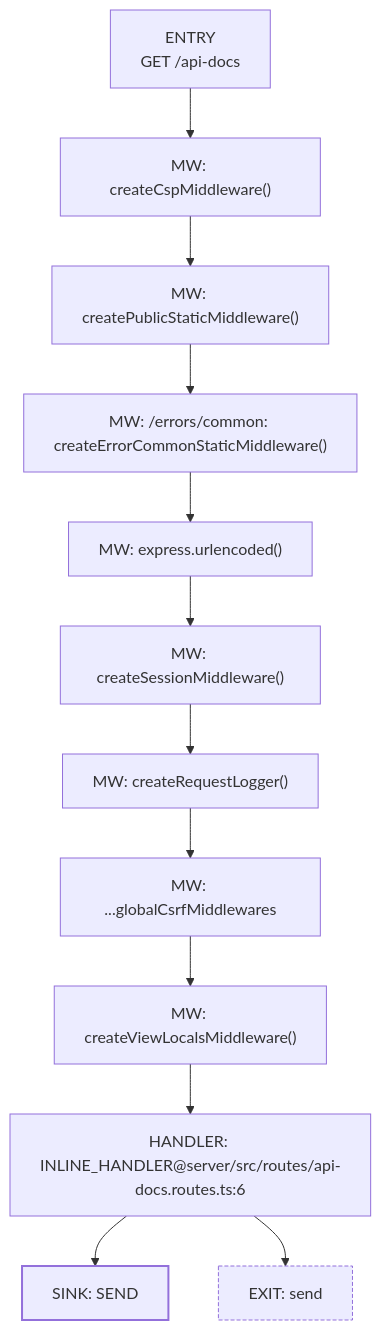
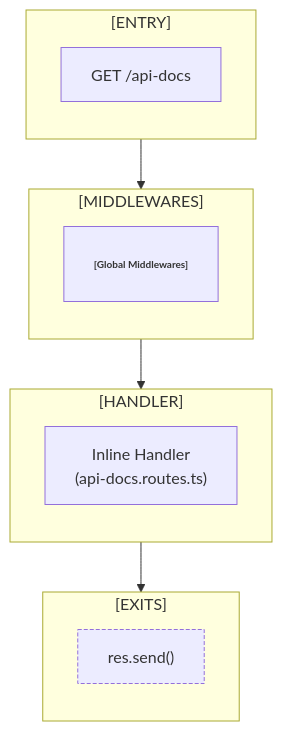
One commit to irondenker/my-code-my-kill changed the diagram in docs/flowmap/flows/GET__api_docs.mmd. Above: the diagram before and after it, drawn with Mermaid. The commit also changed 93 other files, not shown here.

Commit message:
📚 Docs: Regenerate flowmap artifacts for updated endpoint maps

```diff
--- a/docs/flowmap/flows/GET__api_docs.mmd
+++ b/docs/flowmap/flows/GET__api_docs.mmd
@@ -1,17 +1,26 @@
 flowchart TD
-ENTRY["ENTRY\nGET /api-docs"]
-ENTRY --> MW1["MW: createCspMiddleware()"]
-MW1 --> MW2["MW: createPublicStaticMiddleware()"]
-MW2 --> MW3["MW: /errors/common: createErrorCommonStaticMiddleware()"]
-MW3 --> MW4["MW: express.urlencoded()"]
-MW4 --> MW5["MW: createSessionMiddleware()"]
-MW5 --> MW6["MW: createRequestLogger()"]
-MW6 --> MW7["MW: ...globalCsrfMiddlewares"]
-MW7 --> MW8["MW: createViewLocalsMiddleware()"]
-MW8 --> HANDLER["HANDLER: INLINE_HANDLER@server/src/routes/api-docs.routes.ts:6"]
-HANDLER --> SINK1["SINK: SEND"]
-HANDLER --> EXIT1["EXIT: send"]
+subgraph ENTRY_BLOCK["[ENTRY]"]
+direction TB
+ENTRY["GET /api-docs"]
+end
+subgraph MIDDLEWARES["[MIDDLEWARES]"]
+direction TB
+MIDDLEWARE1["<b>[Global Middlewares]</b>"]
+end
+ENTRY --> MIDDLEWARE1
+subgraph HANDLER_BLOCK["[HANDLER]"]
+direction TB
+HANDLER["Inline Handler<br/>(api-docs.routes.ts)"]
+end
+MIDDLEWARE1 --> HANDLER
+subgraph EXITS["[EXITS]"]
+direction TB
+EXIT1["res.send()"]
+end
+HANDLER --> EXIT1
+classDef middleware font-size:10px,padding:2px,stroke-width:1;
+classDef diagnostics stroke-dasharray: 2 2;
 classDef sink stroke-width:2;
 classDef exit stroke-dasharray: 4 2;
-class SINK1 sink;
+class MIDDLEWARE1 middleware;
 class EXIT1 exit;
```
